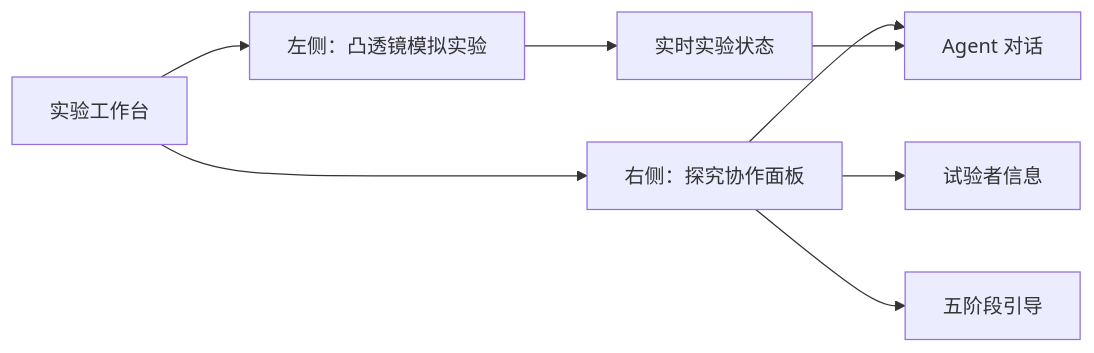
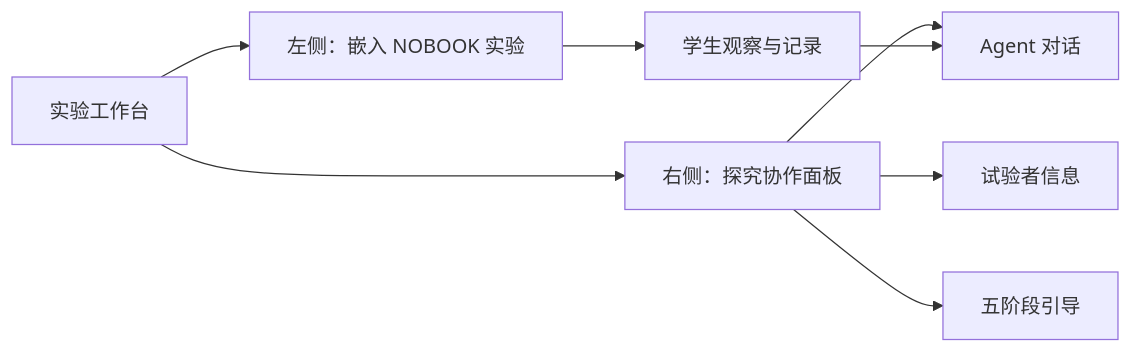
One commit to GresonKwan/- changed the diagram in docs/PRD.md. Above: the diagram before and after it, drawn with Mermaid. The commit also changed other lines of this file and 3 other files, not shown here.

````diff
--- a/docs/PRD.md
+++ b/docs/PRD.md
@@ -110,10 +107,10 @@
 ```mermaid
 flowchart LR
-    App["实验工作台"] --> Lab["左侧：凸透镜模拟实验"]
+    App["实验工作台"] --> Lab["左侧：嵌入 NOBOOK 实验"]
     App --> Guide["右侧：探究协作面板"]
     Guide --> Profile["试验者信息"]
     Guide --> Steps["五阶段引导"]
     Guide --> Chat["Agent 对话"]
-    Lab --> Context["实时实验状态"]
-    Context --> Chat
+    Lab --> Observe["学生观察与记录"]
+    Observe --> Chat
 ```
````
